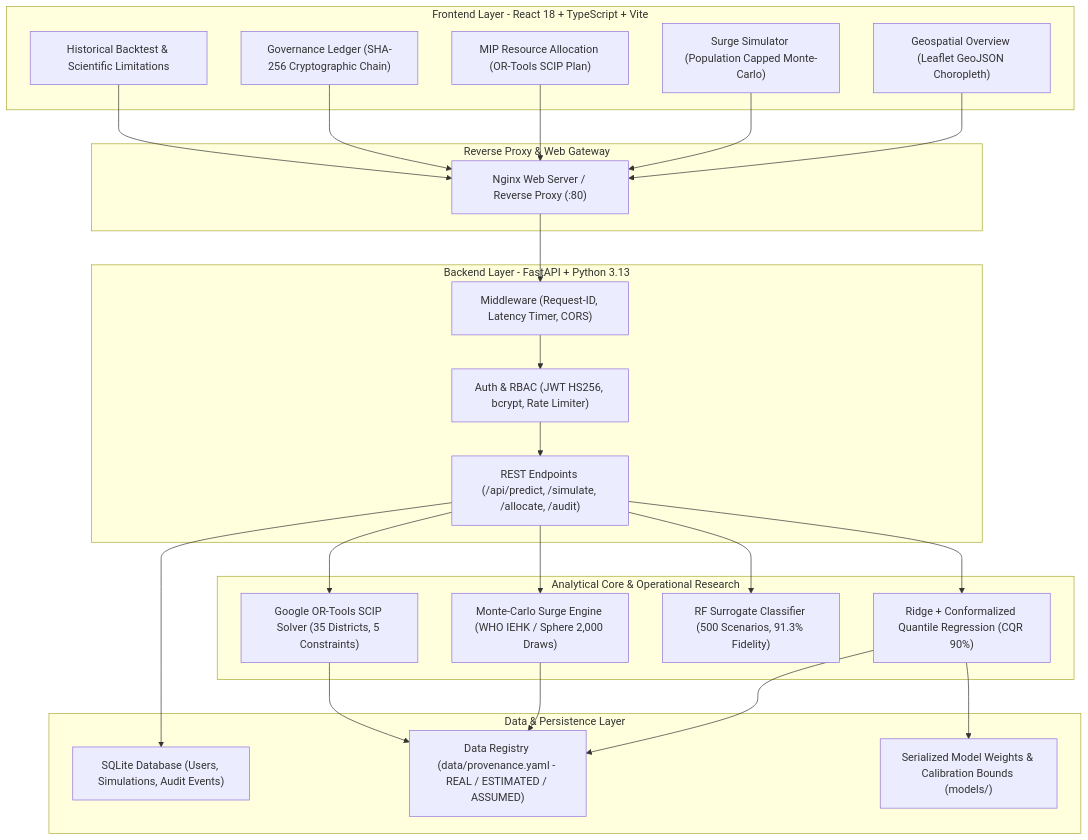
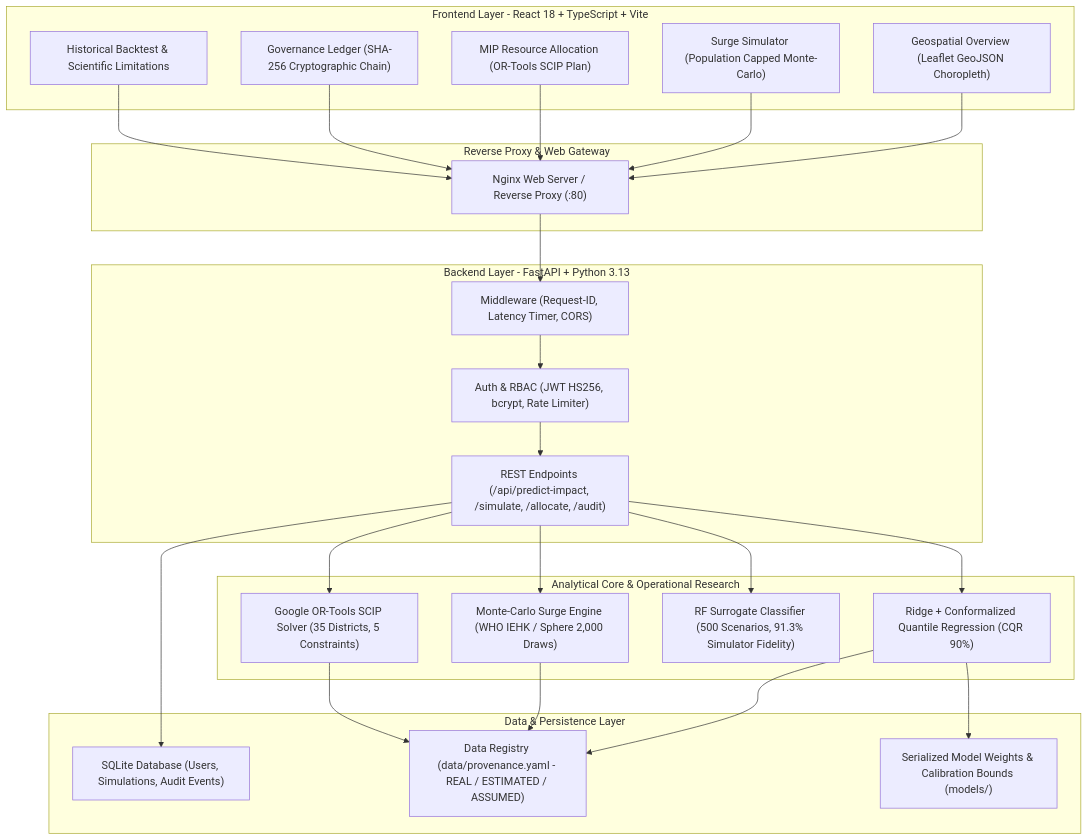
One commit to Srushti2630/disaster-healthcare-ai changed the diagram in README.md. Above: the diagram before and after it, drawn with Mermaid. The commit also changed other lines of this file and 2 other files, not shown here.

````diff
--- a/README.md
+++ b/README.md
@@ -10,42 +10,42 @@
 ```mermaid
 flowchart TD
     subgraph Client [Frontend Layer - React 18 + TypeScript + Vite]
         UI1["Geospatial Overview (Leaflet GeoJSON Choropleth)"]
         UI2["Surge Simulator (Population Capped Monte-Carlo)"]
         UI3["MIP Resource Allocation (OR-Tools SCIP Plan)"]
         UI4["Governance Ledger (SHA-256 Cryptographic Chain)"]
         UI5["Historical Backtest & Scientific Limitations"]
     end
 
     subgraph Gateway [Reverse Proxy & Web Gateway]
         NGINX["Nginx Web Server / Reverse Proxy (:80)"]
     end
 
     subgraph API [Backend Layer - FastAPI + Python 3.13]
         MW["Middleware (Request-ID, Latency Timer, CORS)"]
         AUTH["Auth & RBAC (JWT HS256, bcrypt, Rate Limiter)"]
-        ROUTES["REST Endpoints (/api/predict, /simulate, /allocate, /audit)"]
+        ROUTES["REST Endpoints (/api/predict-impact, /simulate, /allocate, /audit)"]
     end
 
     subgraph Engine [Analytical Core & Operational Research]
         IMPACT["Ridge + Conformalized Quantile Regression (CQR 90%)"]
         MC["Monte-Carlo Surge Engine (WHO IEHK / Sphere 2,000 Draws)"]
-        SURROGATE["RF Surrogate Classifier (500 Scenarios, 91.3% Fidelity)"]
+        SURROGATE["RF Surrogate Classifier (500 Scenarios, 91.3% Simulator Fidelity)"]
         ORTOOLS["Google OR-Tools SCIP Solver (35 Districts, 5 Constraints)"]
     end
 
     subgraph Storage [Data & Persistence Layer]
         SQLITE["SQLite Database (Users, Simulations, Audit Events)"]
         PROV["Data Registry (data/provenance.yaml - REAL / ESTIMATED / ASSUMED)"]
         MODELS["Serialized Model Weights & Calibration Bounds (models/)"]
     end
 
     UI1 & UI2 & UI3 & UI4 & UI5 --> NGINX
     NGINX --> MW
     MW --> AUTH
     AUTH --> ROUTES
     ROUTES --> IMPACT & MC & SURROGATE & ORTOOLS
     ROUTES --> SQLITE
     IMPACT & MC & ORTOOLS --> PROV
     IMPACT --> MODELS
 ```
````
